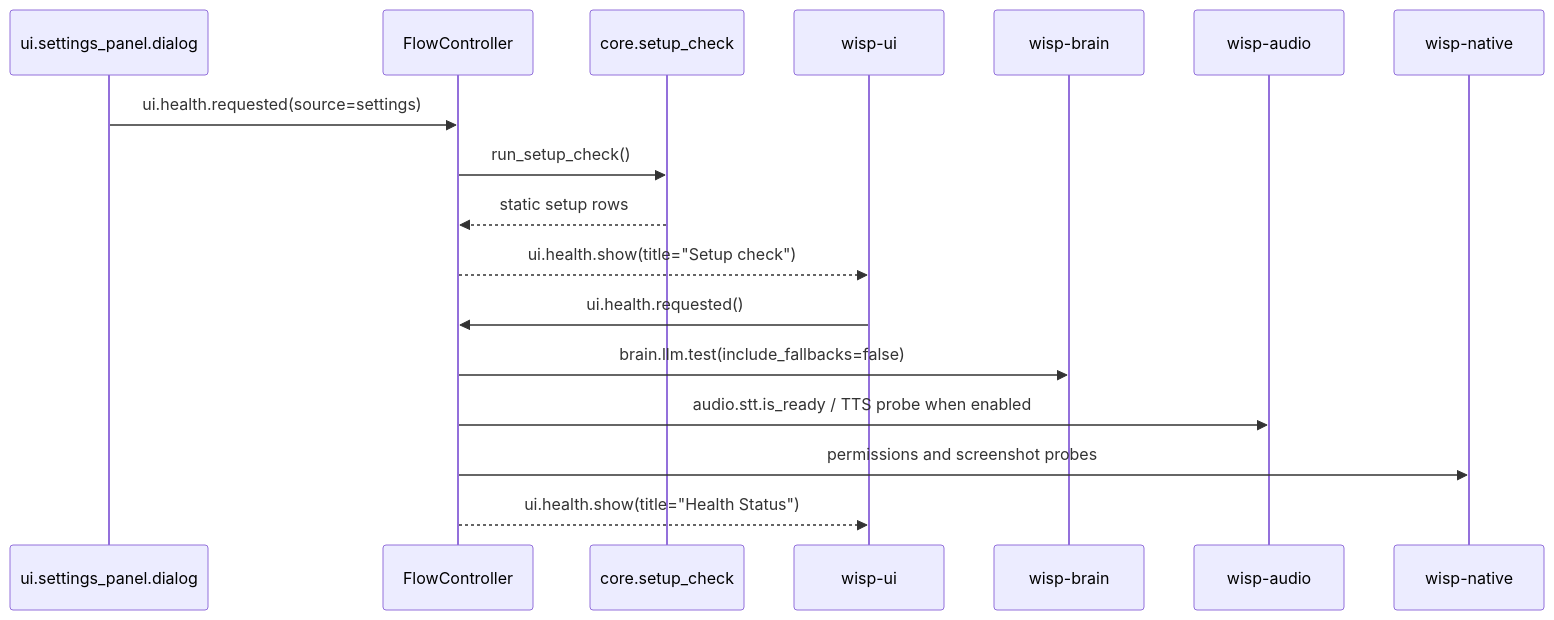
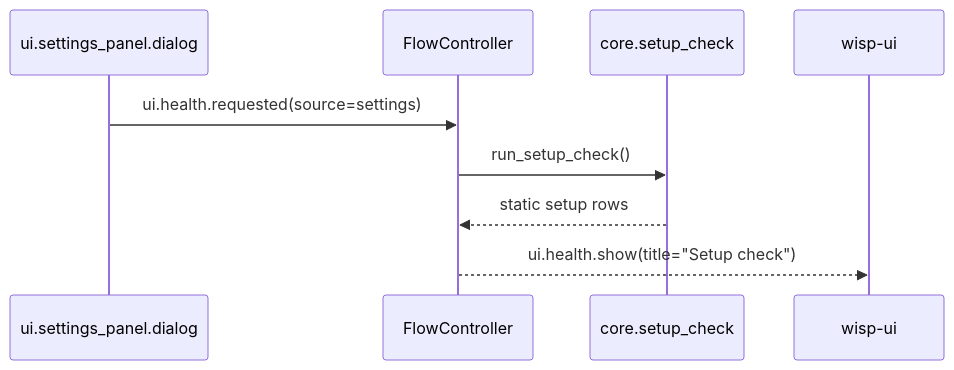
The fifth of 5 diagrams in docs/COMMUNICATION_GRAPH.md (SunnyLich/Wisp-AI-Assistant), drawn with Mermaid before and after one commit. The commit also changed 50 other files, not shown here.

Commit message:
Refactor overlay assistant UI and backend flows

````diff
--- a/docs/COMMUNICATION_GRAPH.md
+++ b/docs/COMMUNICATION_GRAPH.md
@@ -127,21 +127,12 @@
 ```mermaid
 sequenceDiagram
     participant Settings as ui.settings_panel.dialog
     participant Supervisor as FlowController
     participant Setup as core.setup_check
     participant UI as wisp-ui
-    participant Brain as wisp-brain
-    participant Audio as wisp-audio
-    participant Native as wisp-native
 
     Settings->>Supervisor: ui.health.requested(source=settings)
     Supervisor->>Setup: run_setup_check()
     Setup-->>Supervisor: static setup rows
     Supervisor-->>UI: ui.health.show(title="Setup check")
-
-    UI->>Supervisor: ui.health.requested()
-    Supervisor->>Brain: brain.llm.test(include_fallbacks=false)
-    Supervisor->>Audio: audio.stt.is_ready / TTS probe when enabled
-    Supervisor->>Native: permissions and screenshot probes
-    Supervisor-->>UI: ui.health.show(title="Health Status")
 ```
````
